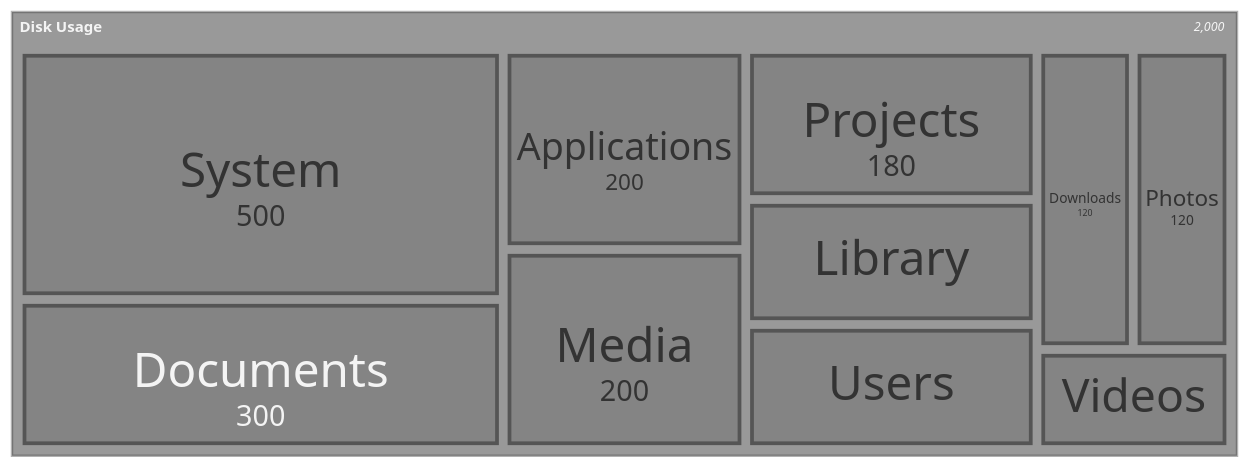
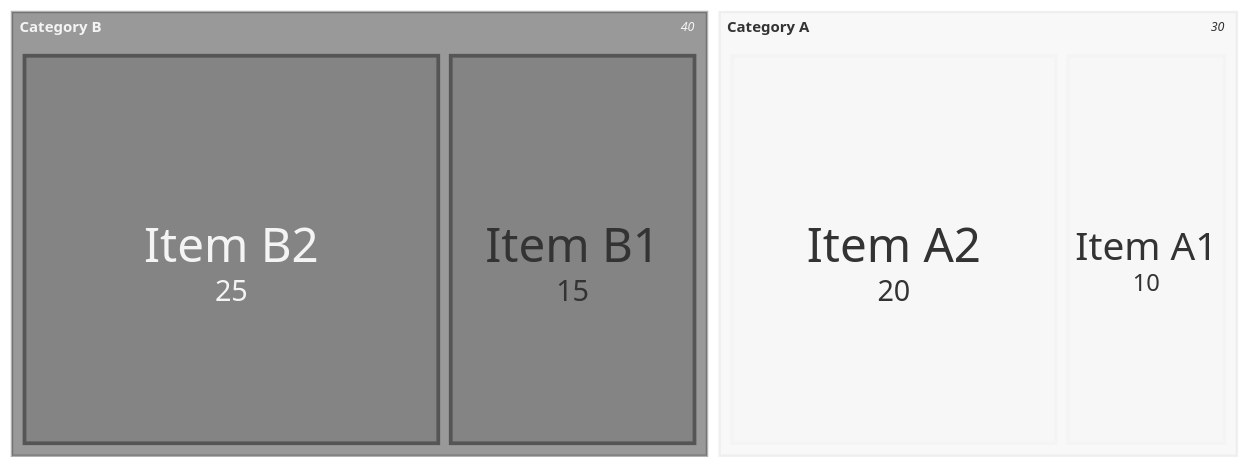
The sixth of 9 diagrams in skills/mermaid/examples/treemap.md (teachingai/full-stack-skills), drawn with Mermaid (neutral theme) before and after one commit. The commit also changed other lines of this file and 21 other files, not shown here.

First line of the commit message:
docs(mermaid): 更新架构、块、C4和类图示例文档

````diff
--- a/skills/mermaid/examples/treemap.md
+++ b/skills/mermaid/examples/treemap.md
@@ -67,14 +105,14 @@
 ```mermaid
+---
+config:
+  treemap:
+    diagramPadding: 200
+---
 treemap-beta
-"Disk Usage"
-    "System": 500
-        "Applications": 200
-        "Library": 150
-        "Users": 150
-    "Documents": 300
-        "Projects": 180
-        "Downloads": 120
-    "Media": 200
-        "Photos": 120
-        "Videos": 80
+"Category A"
+    "Item A1": 10
+    "Item A2": 20
+"Category B"
+    "Item B1": 15
+    "Item B2": 25
 ```
````
